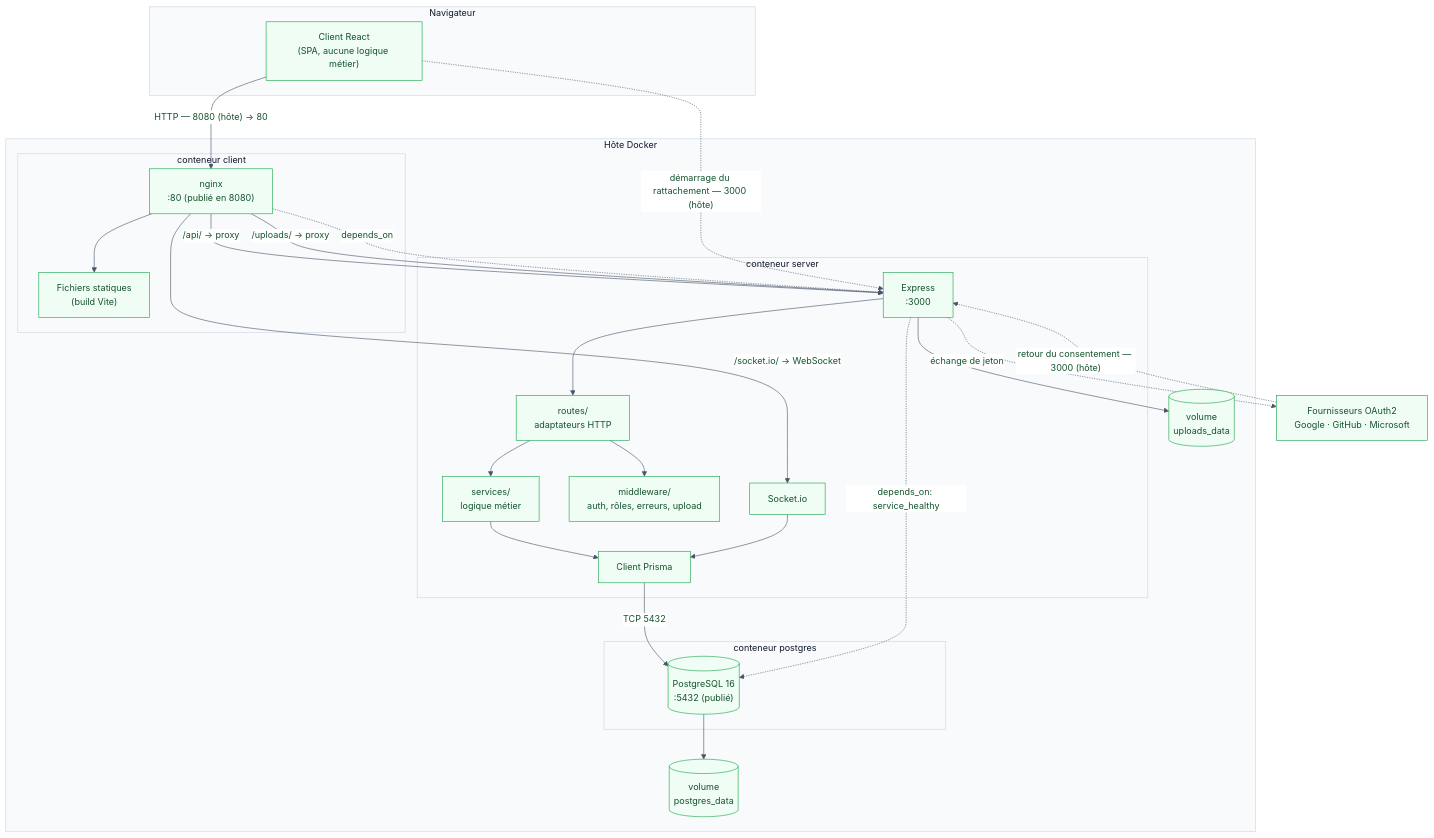
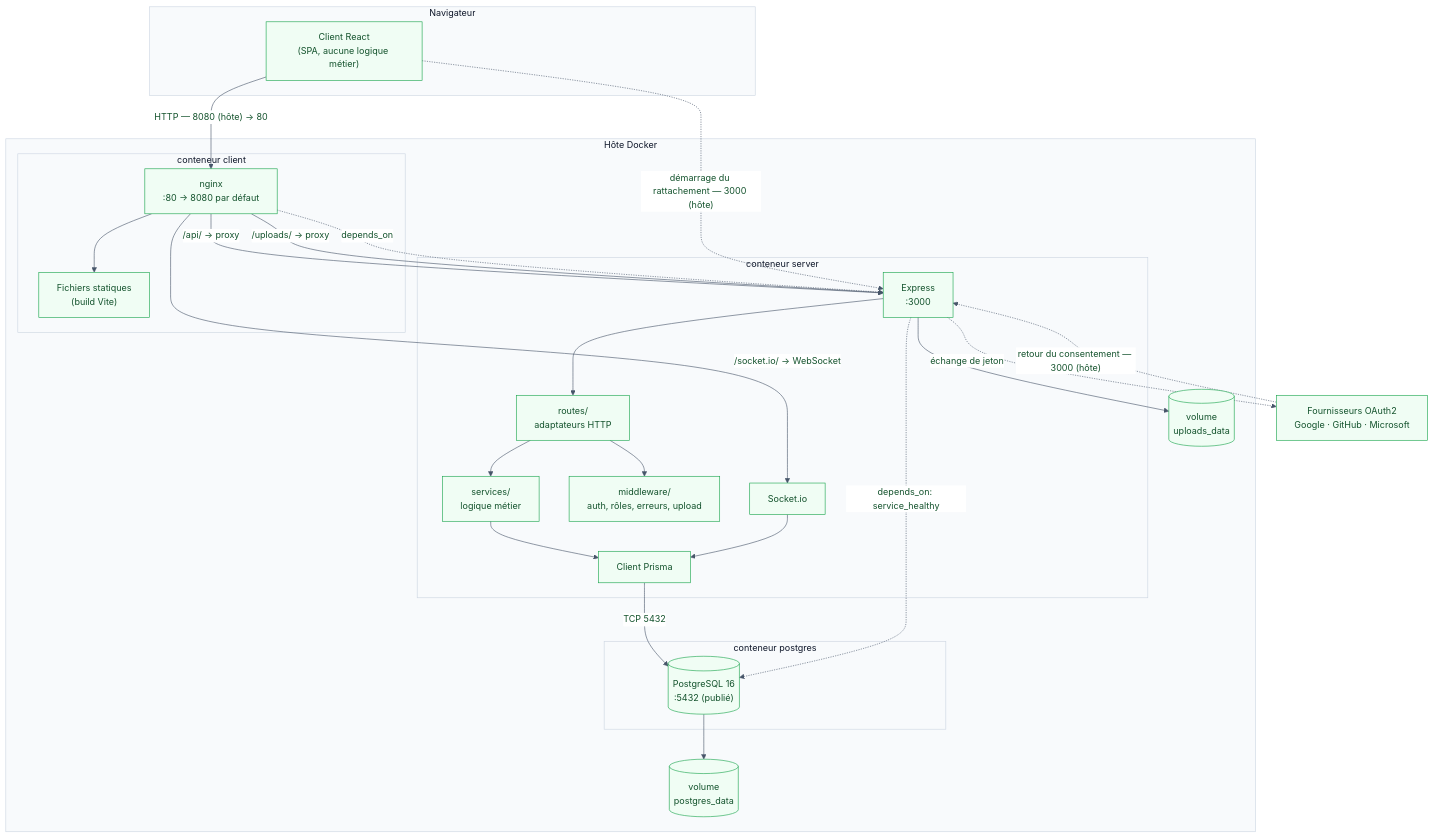
The tenth of 14 diagrams in docs/documentation-technique.md (assurleaddev/supmeal), drawn with Mermaid before and after one commit. The commit also changed other lines of this file and 2 other files, not shown here.

````diff
--- a/docs/documentation-technique.md
+++ b/docs/documentation-technique.md
@@ -905,54 +941,54 @@
 ```mermaid
 %%{init: {"theme":"base","themeVariables":{"fontFamily":"Inter, Roboto, Helvetica, Arial, sans-serif","fontSize":"15px","primaryColor":"#f0fdf4","primaryTextColor":"#14532d","primaryBorderColor":"#16a34a","secondaryColor":"#f8fafc","secondaryTextColor":"#1e293b","secondaryBorderColor":"#cbd5e1","tertiaryColor":"#ffffff","tertiaryTextColor":"#1e293b","tertiaryBorderColor":"#e2e8f0","lineColor":"#475569","textColor":"#1e293b","clusterBkg":"#f8fafc","clusterBorder":"#cbd5e1","edgeLabelBackground":"#ffffff","titleColor":"#0f172a","actorBkg":"#f0fdf4","actorBorder":"#16a34a","actorTextColor":"#14532d","actorLineColor":"#94a3b8","signalColor":"#334155","signalTextColor":"#1e293b","labelBoxBkgColor":"#ea580c","labelBoxBorderColor":"#c2410c","labelTextColor":"#ffffff","loopTextColor":"#1e293b","noteBkgColor":"#fff7ed","noteBorderColor":"#fb923c","noteTextColor":"#7c2d12","activationBkgColor":"#dcfce7","activationBorderColor":"#16a34a","attributeBackgroundColorOdd":"#ffffff","attributeBackgroundColorEven":"#f8fafc"}}}%%
 graph TB
     subgraph Navigateur
         SPA["Client React<br/>(SPA, aucune logique métier)"]
     end
 
     subgraph "Hôte Docker"
         subgraph "conteneur client"
-            NG["nginx<br/>:80 (publié en 8080)"]
+            NG["nginx<br/>:80 → 8080 par défaut"]
             ST["Fichiers statiques<br/>(build Vite)"]
         end
 
         subgraph "conteneur server"
             EX["Express<br/>:3000"]
             RT["routes/<br/>adaptateurs HTTP"]
             SV["services/<br/>logique métier"]
             MW["middleware/<br/>auth, rôles, erreurs, upload"]
             IO["Socket.io"]
             PR["Client Prisma"]
         end
 
         subgraph "conteneur postgres"
             DB[("PostgreSQL 16<br/>:5432 (publié)")]
         end
 
         VU[("volume<br/>uploads_data")]
         VD[("volume<br/>postgres_data")]
     end
 
     EXT["Fournisseurs OAuth2<br/>Google · GitHub · Microsoft"]
 
     SPA -->|"HTTP — 8080 (hôte) → 80"| NG
     NG --> ST
     NG -->|"/api/ → proxy"| EX
     NG -->|"/uploads/ → proxy"| EX
     NG -->|"/socket.io/ → WebSocket"| IO
 
     EX --> RT
     RT --> SV
     RT --> MW
     SV --> PR
     IO --> PR
     PR -->|TCP 5432| DB
 
     EX --> VU
     DB --> VD
     EX -.->|échange de jeton| EXT
     EXT -.->|"retour du consentement — 3000 (hôte)"| EX
     SPA -.->|"démarrage du rattachement — 3000 (hôte)"| EX
 
     EX -.->|"depends_on: service_healthy"| DB
     NG -.->|depends_on| EX
 ```
````
